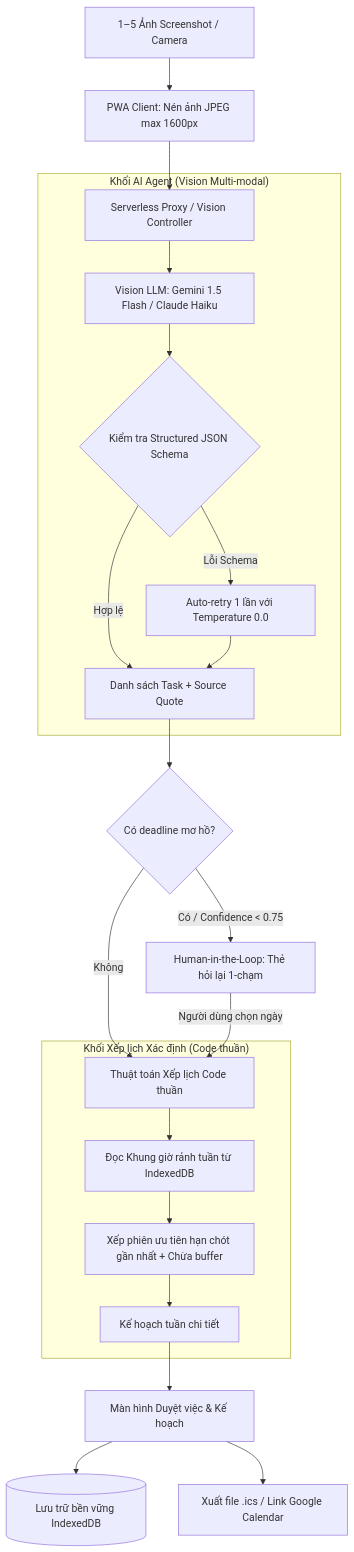
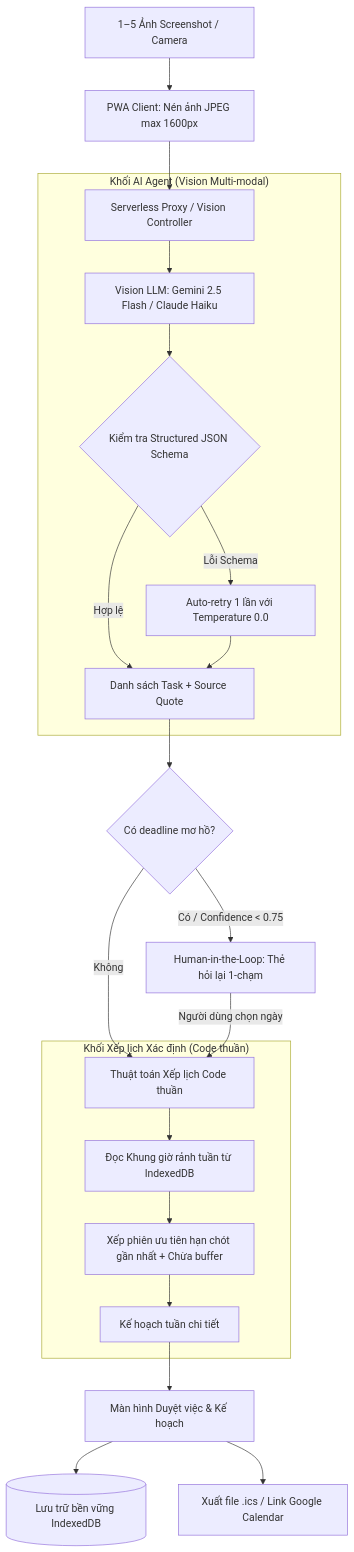
One commit to Lucvuu/plansnap-codex-hackathon changed the diagram in docs/02_AGENTS.md. Above: the diagram before and after it, drawn with Mermaid. The commit also changed other lines of this file and 23 other files, not shown here.

Commit message:
fix: network-first SW, chronological schedule sorting, public QR, and Gemini 2.5 Flash sync

````diff
--- a/docs/02_AGENTS.md
+++ b/docs/02_AGENTS.md
@@ -23,29 +23,29 @@
 ```mermaid
 flowchart TD
     IMG[1–5 Ảnh Screenshot / Camera] --> CLIENT[PWA Client: Nén ảnh JPEG max 1600px]
     CLIENT --> API[Serverless Proxy / Vision Controller]
     
     subgraph AGENT_BRAIN["Khối AI Agent (Vision Multi-modal)"]
-        API --> V_LLM[Vision LLM: Gemini 1.5 Flash / Claude Haiku]
+        API --> V_LLM[Vision LLM: Gemini 2.5 Flash / Claude Haiku]
         V_LLM --> JSON_SCHEMA{Kiểm tra Structured JSON Schema}
         JSON_SCHEMA -->|Hợp lệ| TASKS[Danh sách Task + Source Quote]
         JSON_SCHEMA -->|Lỗi Schema| RETRY[Auto-retry 1 lần với Temperature 0.0]
         RETRY --> TASKS
     end
 
     TASKS --> CHECK_AMBIGUOUS{Có deadline mơ hồ?}
     CHECK_AMBIGUOUS -->|Có / Confidence < 0.75| HITL[Human-in-the-Loop: Thẻ hỏi lại 1-chạm]
     CHECK_AMBIGUOUS -->|Không| SCHEDULER
 
     HITL -->|Người dùng chọn ngày| SCHEDULER[Thuật toán Xếp lịch Code thuần]
     
     subgraph DETERMINISTIC_ENGINE["Khối Xếp lịch Xác định (Code thuần)"]
         SCHEDULER --> AVAIL[Đọc Khung giờ rảnh tuần từ IndexedDB]
         AVAIL --> PACKING[Xếp phiên ưu tiên hạn chót gần nhất + Chừa buffer]
         PACKING --> PLAN[Kế hoạch tuần chi tiết]
     end
 
     PLAN --> REVIEW[Màn hình Duyệt việc & Kế hoạch]
     REVIEW --> LOCAL_DB[(Lưu trữ bền vững IndexedDB)]
     REVIEW --> EXPORT[Xuất file .ics / Link Google Calendar]
 ```
````
